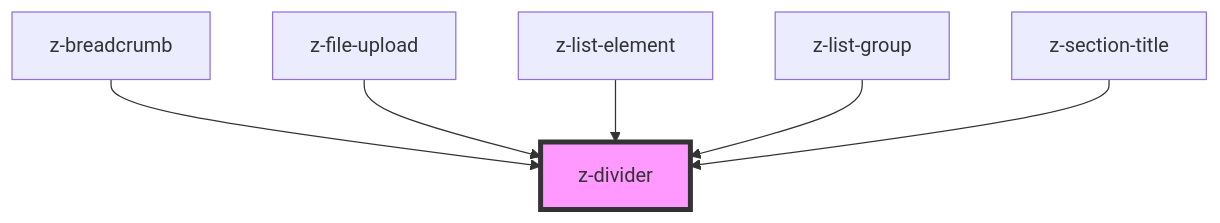
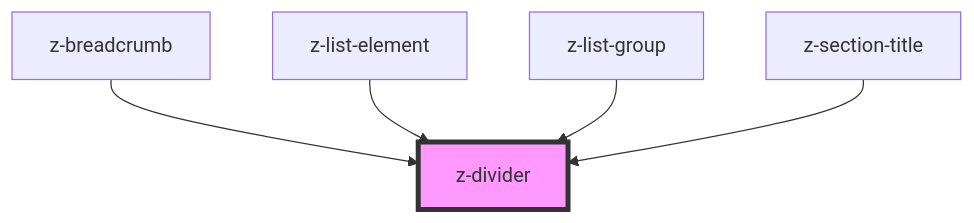
The diagram in src/components/z-divider/readme.md (ZanichelliEditore/design-system), drawn with Mermaid before and after one commit. The commit also changed other lines of this file and 13 other files, not shown here.

````diff
--- a/src/components/z-divider/readme.md
+++ b/src/components/z-divider/readme.md
@@ -26,9 +25,8 @@
 ```mermaid
 graph TD;
   z-breadcrumb --> z-divider
-  z-file-upload --> z-divider
   z-list-element --> z-divider
   z-list-group --> z-divider
   z-section-title --> z-divider
   style z-divider fill:#f9f,stroke:#333,stroke-width:4px
 ```
````
